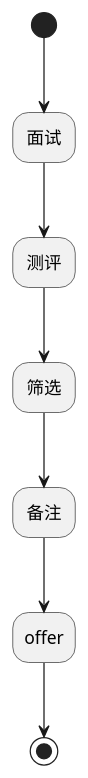
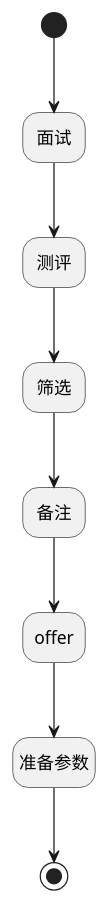
The diagram in doc/recruit/module/hr/hr_applicant/logic/get_baseinfo_page_count.md (iBizLab/iBizEHR), drawn with PlantUML before and after one commit. The commit also changed other lines of this file and 523 other files, not shown here.

````diff
--- a/doc/recruit/module/hr/hr_applicant/logic/get_baseinfo_page_count.md
+++ b/doc/recruit/module/hr/hr_applicant/logic/get_baseinfo_page_count.md
@@ -7,29 +7,31 @@
 ```plantuml
 @startuml
 hide empty description
 <style>
 root {
   HyperlinkColor #42b983
 }
 </style>
 
 hide empty description
 state "开始" as Begin <<start>> [[$./get_baseinfo_page_count#begin {"开始"}]]
 state "面试" as RAWSQLCALL1  [[$./get_baseinfo_page_count#rawsqlcall1 {"面试"}]]
 state "测评" as RAWSQLCALL2  [[$./get_baseinfo_page_count#rawsqlcall2 {"测评"}]]
 state "筛选" as RAWSQLCALL3  [[$./get_baseinfo_page_count#rawsqlcall3 {"筛选"}]]
 state "备注" as RAWSQLCALL4  [[$./get_baseinfo_page_count#rawsqlcall4 {"备注"}]]
 state "结束" as END1 <<end>> [[$./get_baseinfo_page_count#end1 {"结束"}]]
 state "offer" as RAWSQLCALL5  [[$./get_baseinfo_page_count#rawsqlcall5 {"offer"}]]
+state "准备参数" as PREPAREPARAM1  [[$./get_baseinfo_page_count#prepareparam1 {"准备参数"}]]
 
 
 Begin --> RAWSQLCALL1
 RAWSQLCALL1 --> RAWSQLCALL2
 RAWSQLCALL2 --> RAWSQLCALL3
 RAWSQLCALL3 --> RAWSQLCALL4
 RAWSQLCALL4 --> RAWSQLCALL5
-RAWSQLCALL5 --> END1
+RAWSQLCALL5 --> PREPAREPARAM1
+PREPAREPARAM1 --> END1
 
 
 @enduml
 ```
````
